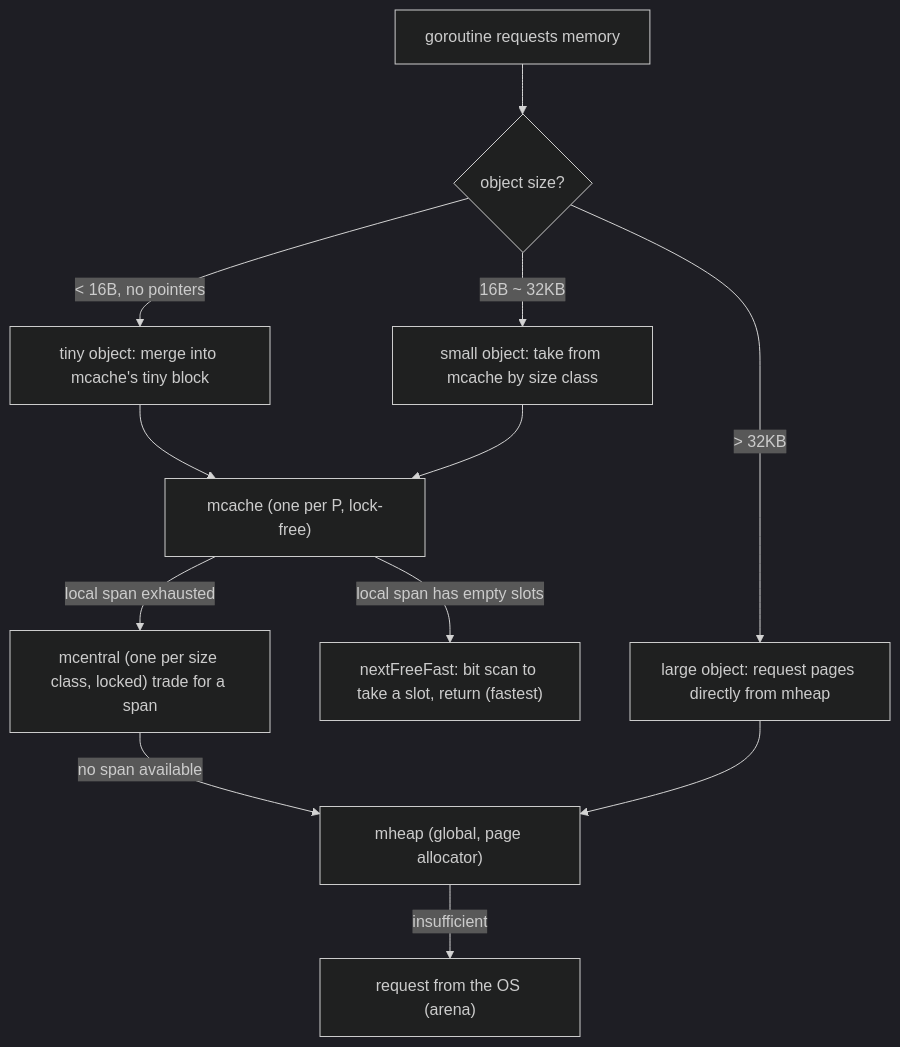
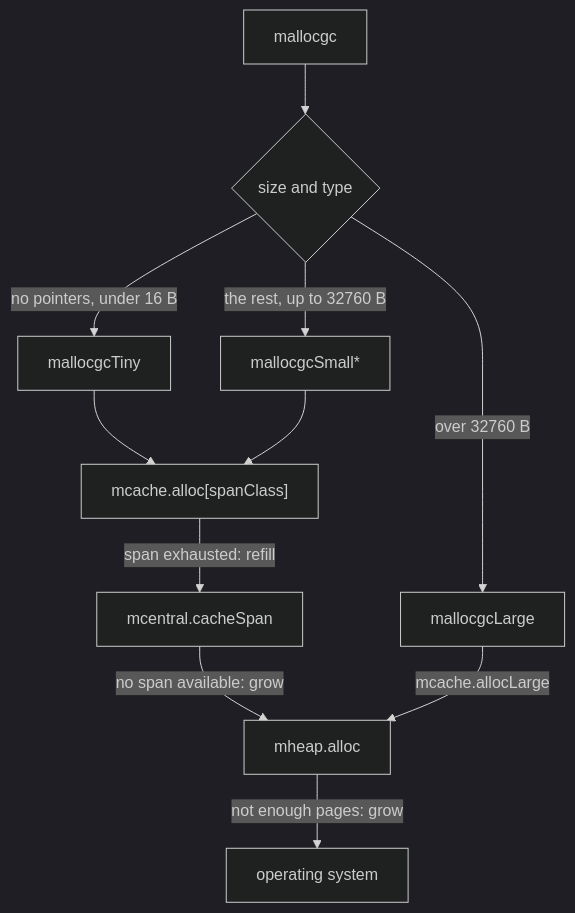
One commit to golang-design/under-the-hood changed the diagram in book/en-us/part4memory/ch12alloc/component.md. Above: the diagram before and after it, drawn with Mermaid (dark theme). The commit also changed other lines of this file and 30 other files, not shown here.

````diff
--- a/book/en-us/part4memory/ch12alloc/component.md
+++ b/book/en-us/part4memory/ch12alloc/component.md
@@ -134,14 +481,13 @@
 ```mermaid
 flowchart TD
-    G["goroutine requests memory"] --> SIZE{object size?}
-    SIZE -->|< 16B, no pointers| TINY["tiny object: merge into mcache's tiny block"]
-    SIZE -->|16B ~ 32KB| SMALL["small object: take from mcache by size class"]
-    SIZE -->|> 32KB| LARGE["large object: request pages directly from mheap"]
-    TINY --> MC["mcache (one per P, lock-free)"]
+    M["mallocgc"] --> D{"size and type"}
+    D -->|"no pointers, under 16 B"| TINY["mallocgcTiny"]
+    D -->|"the rest, up to 32760 B"| SMALL["mallocgcSmall*"]
+    D -->|"over 32760 B"| LARGE["mallocgcLarge"]
+    TINY --> MC["mcache.alloc[spanClass]"]
     SMALL --> MC
-    MC -->|local span has empty slots| FAST["nextFreeFast: bit scan to take a slot, return (fastest)"]
-    MC -->|local span exhausted| MCENT["mcentral (one per size class, locked) trade for a span"]
-    MCENT -->|no span available| MHEAP["mheap (global, page allocator)"]
-    LARGE --> MHEAP
-    MHEAP -->|insufficient| OS["request from the OS (arena)"]
+    MC -->|"span exhausted: refill"| MCE["mcentral.cacheSpan"]
+    MCE -->|"no span available: grow"| MH["mheap.alloc"]
+    LARGE -->|"mcache.allocLarge"| MH
+    MH -->|"not enough pages: grow"| OS["operating system"]
 ```
````
